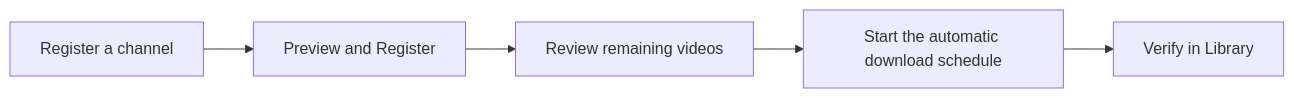
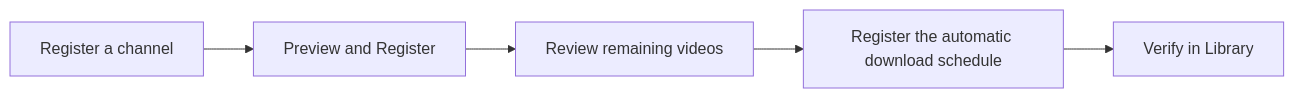
Before and after one commit to hyeonsangjeon/channel-vault-nas: the diagram in docs/usage/index.md, drawn with Mermaid. The commit also changed other lines of this file and 42 other files, not shown here.

````diff
--- a/docs/usage/index.md
+++ b/docs/usage/index.md
@@ -5,7 +5,7 @@
 ```mermaid
 flowchart LR
   A[Register a channel] --> B[Preview and Register]
   B --> C[Review remaining videos]
-  C --> D[Start the automatic download schedule]
+  C --> D[Register the automatic download schedule]
   D --> E[Verify in Library]
 ```
````
